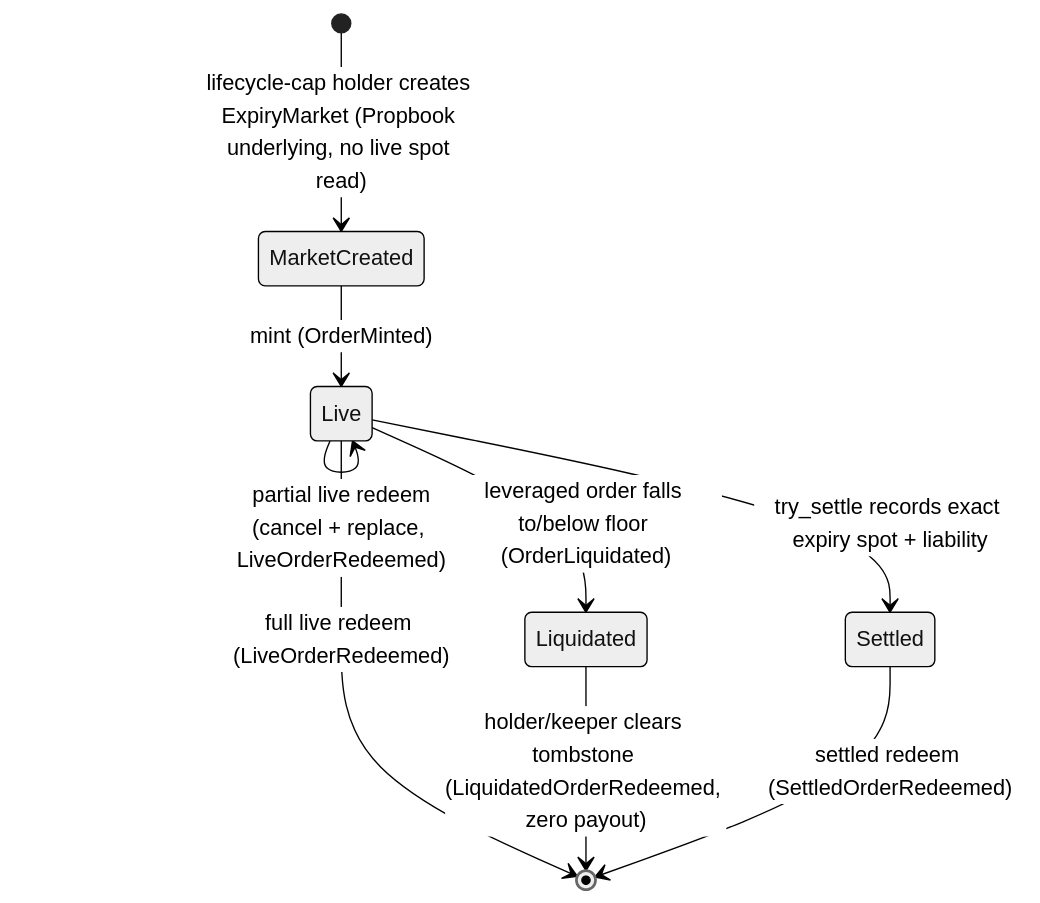
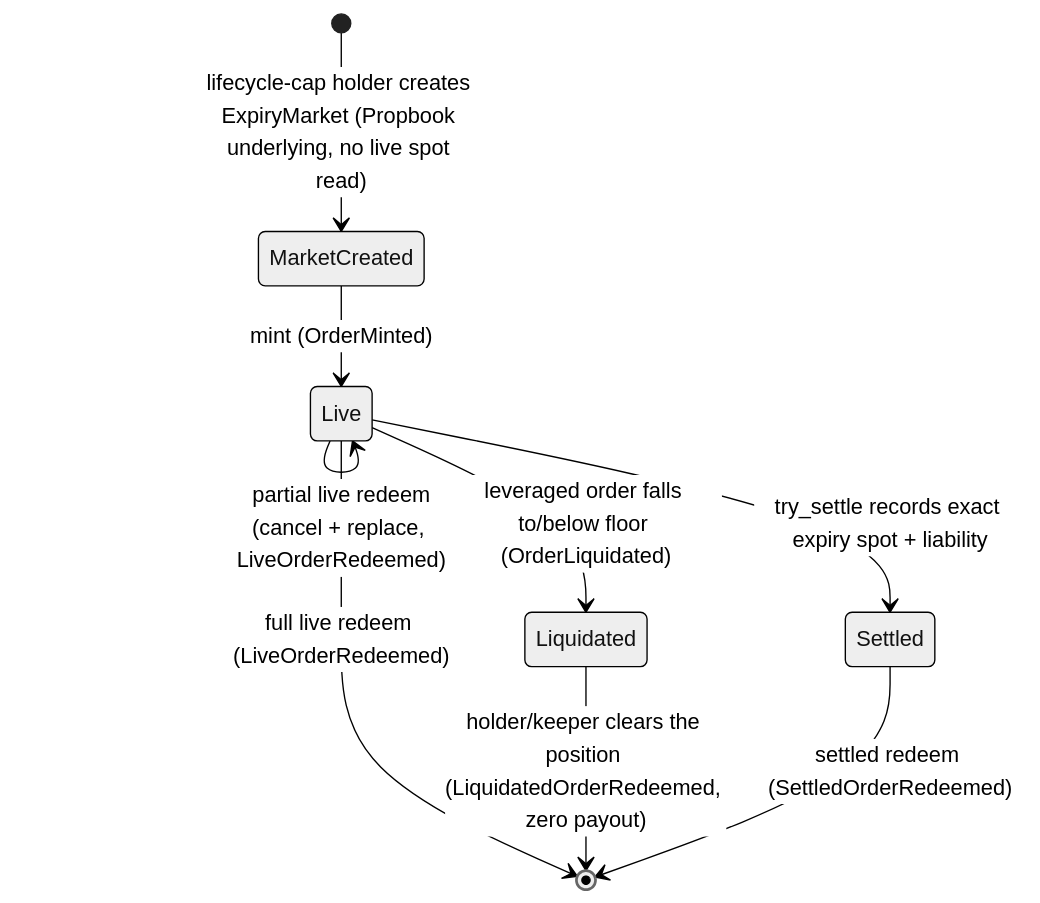
The diagram in packages/predict/docs/overview.md (MystenLabs/deepbookv3), drawn with Mermaid (neutral theme) before and after one commit. The commit also changed other lines of this file and 13 other files, not shown here.

````diff
--- a/packages/predict/docs/overview.md
+++ b/packages/predict/docs/overview.md
@@ -50,11 +50,11 @@
 ```mermaid
 stateDiagram-v2
   [*] --> MarketCreated: lifecycle-cap holder creates ExpiryMarket (Propbook underlying, no live spot read)
   MarketCreated --> Live: mint (OrderMinted)
   Live --> Live: partial live redeem<br/>(cancel + replace, LiveOrderRedeemed)
   Live --> [*]: full live redeem (LiveOrderRedeemed)
   Live --> Liquidated: leveraged order falls to/below floor (OrderLiquidated)
-  Liquidated --> [*]: holder/keeper clears tombstone (LiquidatedOrderRedeemed, zero payout)
+  Liquidated --> [*]: holder/keeper clears the position (LiquidatedOrderRedeemed, zero payout)
   Live --> Settled: try_settle records exact expiry spot + liability
   Settled --> [*]: settled redeem (SettledOrderRedeemed)
 ```
````
